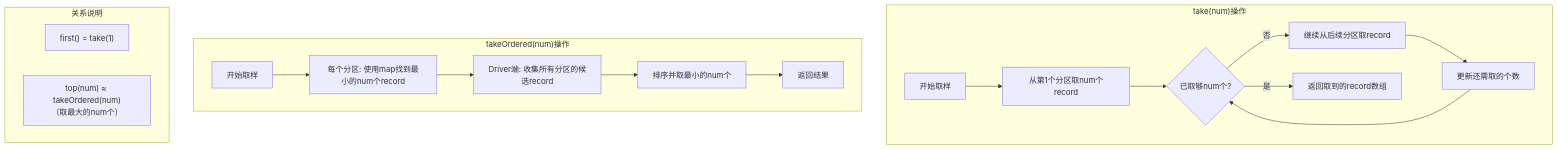
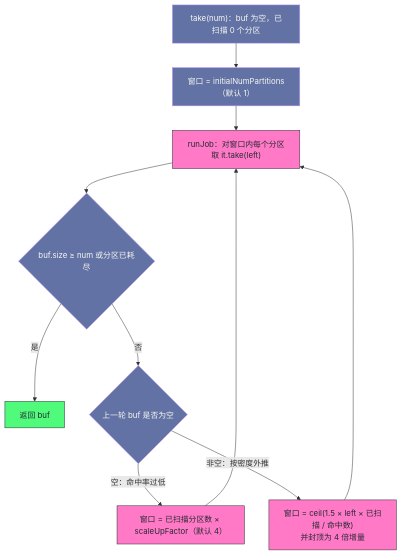
The second of 6 diagrams in content/大数据/Spark/读书笔记-spark内核/01_核心概念与基础/4. Spark_RDD_Action_操作深度解析.md (hpliStartAgain/my-brain), drawn with Mermaid before and after one commit. The commit also changed other lines of this file and 259 other files, not shown here.

````diff
--- a/content/大数据/Spark/读书笔记-spark内核/01_核心概念与基础/4. Spark_RDD_Action_操作深度解析.md
+++ b/content/大数据/Spark/读书笔记-spark内核/01_核心概念与基础/4. Spark_RDD_Action_操作深度解析.md
@@ -384,23 +167,19 @@
 ```mermaid
+%%{init: {'theme': 'dracula'}}%%
 flowchart TD
-    subgraph "take(num)操作"
-        A["开始取样"] --> B["从第1个分区取num个record"]
-        B --> C{"已取够num个?"}
-        C -->|"否"| D["继续从后续分区取record"]
-        D --> E["更新还需取的个数"]
-        E --> C
-        C -->|"是"| F["返回取到的record数组"]
-    end
-    
-    subgraph "takeOrdered(num)操作"
-        G["开始取样"] --> H["每个分区: 使用map找到最小的num个record"]
-        H --> I["Driver端: 收集所有分区的候选record"]
-        I --> J["排序并取最小的num个"]
-        J --> K["返回结果"]
-    end
-    
-    subgraph "关系说明"
-        L["first() = take(1)"]
-        M["top(num) ≈ takeOrdered(num)<br>（取最大的num个）"]
-    end
+    S["take(num)：buf 为空，已扫描 0 个分区"] --> W["窗口 = initialNumPartitions（默认 1）"]
+    W --> J["runJob：对窗口内每个分区取 it.take(left)"]
+    J --> C{"buf.size ≥ num 或分区已耗尽"}
+    C -- "是" --> D["返回 buf"]
+    C -- "否" --> E{"上一轮 buf 是否为空"}
+    E -- "空：命中率过低" --> M["窗口 = 已扫描分区数 × scaleUpFactor（默认 4）"]
+    E -- "非空：按密度外推" --> N["窗口 = ceil(1.5 × left × 已扫描 / 命中数)<br/>并封顶为 4 倍增量"]
+    M --> J
+    N --> J
+    classDef hot fill:#ff79c6,stroke:#282a36,color:#282a36
+    classDef cold fill:#6272a4,stroke:#bd93f9,color:#f8f8f2
+    classDef good fill:#50fa7b,stroke:#282a36,color:#282a36
+    class J,M,N hot
+    class S,W,C,E cold
+    class D good
 ```
````
